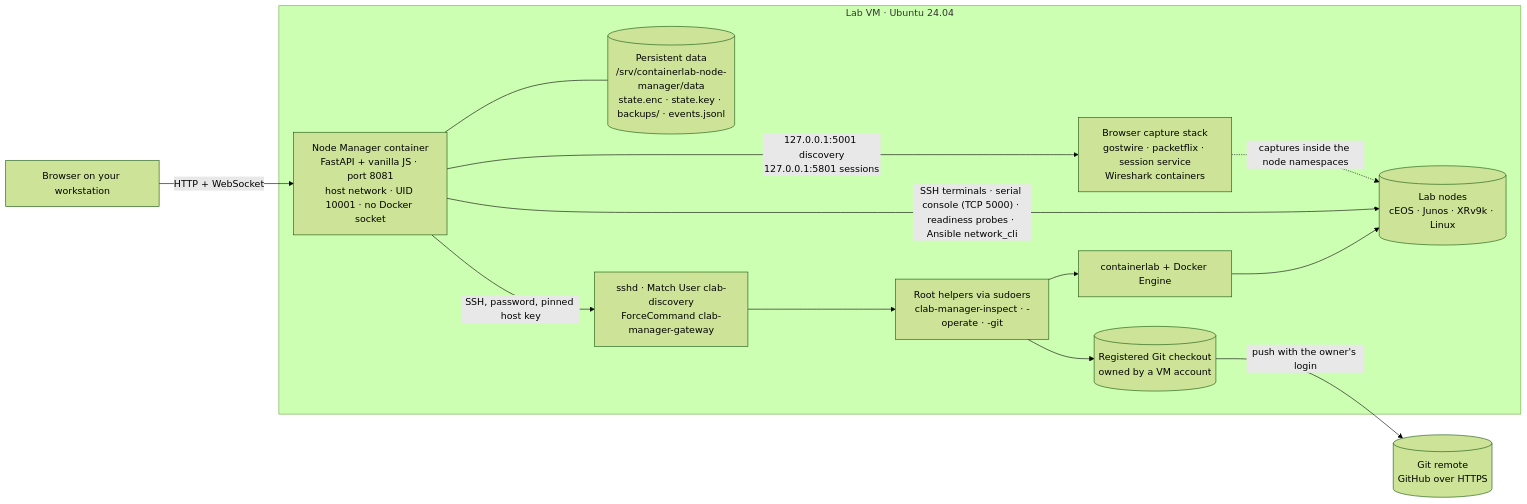
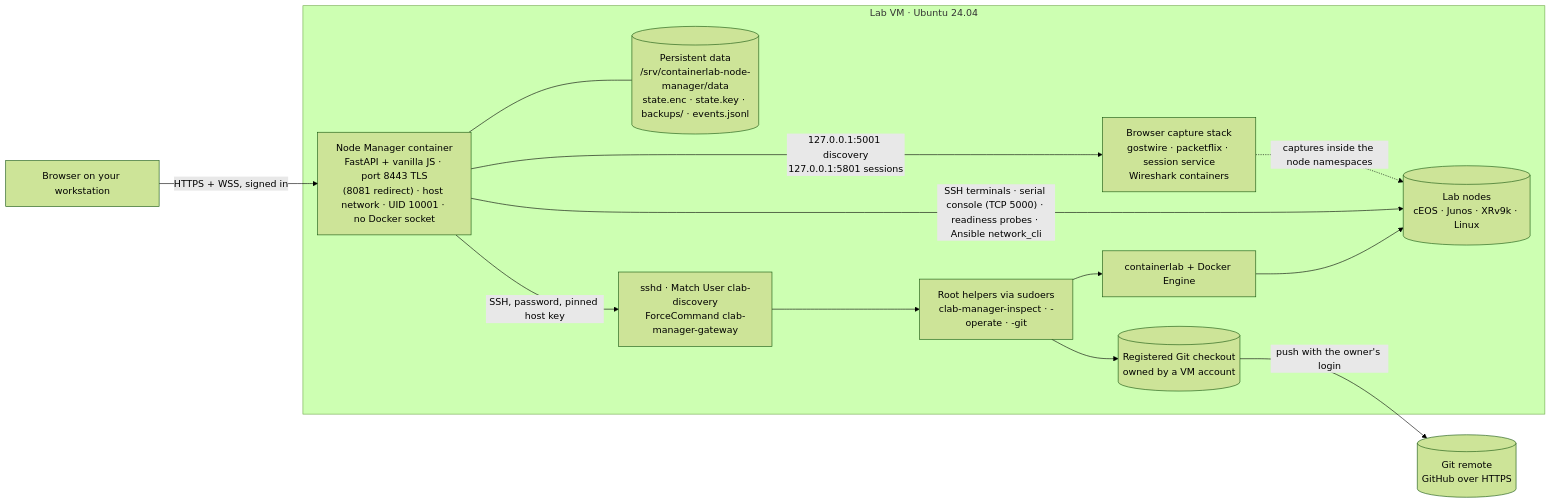
Before and after one commit to ArchRuger/CLAB-BACKUP-WORKER-v2: the first of 4 diagrams in docs/ARCHITECTURE.md, drawn with Mermaid (forest theme). The commit also changed other lines of this file and 13 other files, not shown here.

First line of the commit message:
docs(sign-on): S12b reference and architecture guides, new ACCOUNTS.md, audit rows

````diff
--- a/docs/ARCHITECTURE.md
+++ b/docs/ARCHITECTURE.md
@@ -10,23 +10,23 @@
 ```mermaid
 flowchart LR
     B["Browser on your workstation"]
     subgraph VM["Lab VM · Ubuntu 24.04"]
-        M["Node Manager container<br/>FastAPI + vanilla JS · port 8081<br/>host network · UID 10001 · no Docker socket"]
+        M["Node Manager container<br/>FastAPI + vanilla JS · port 8443 TLS<br/>(8081 redirect) · host network · UID 10001 · no Docker socket"]
         D[("Persistent data<br/>/srv/containerlab-node-manager/data<br/>state.enc · state.key · backups/ · events.jsonl")]
         G["sshd · Match User clab-discovery<br/>ForceCommand clab-manager-gateway"]
         H["Root helpers via sudoers<br/>clab-manager-inspect · -operate · -git"]
         C["containerlab + Docker Engine"]
         N[("Lab nodes<br/>cEOS · Junos · XRv9k · Linux")]
         W["Browser capture stack<br/>gostwire · packetflix · session service<br/>Wireshark containers"]
         K[("Registered Git checkout<br/>owned by a VM account")]
     end
     R[("Git remote<br/>GitHub over HTTPS")]
-    B -- "HTTP + WebSocket" --> M
+    B -- "HTTPS + WSS, signed in" --> M
     M --- D
     M -- "SSH, password, pinned host key" --> G --> H
     H --> C --> N
     H --> K -- "push with the owner's login" --> R
     M -- "SSH terminals · serial console (TCP 5000) · readiness probes · Ansible network_cli" --> N
     M -- "127.0.0.1:5001 discovery<br/>127.0.0.1:5801 sessions" --> W
     W -. "captures inside the node namespaces" .-> N
 ```
````
